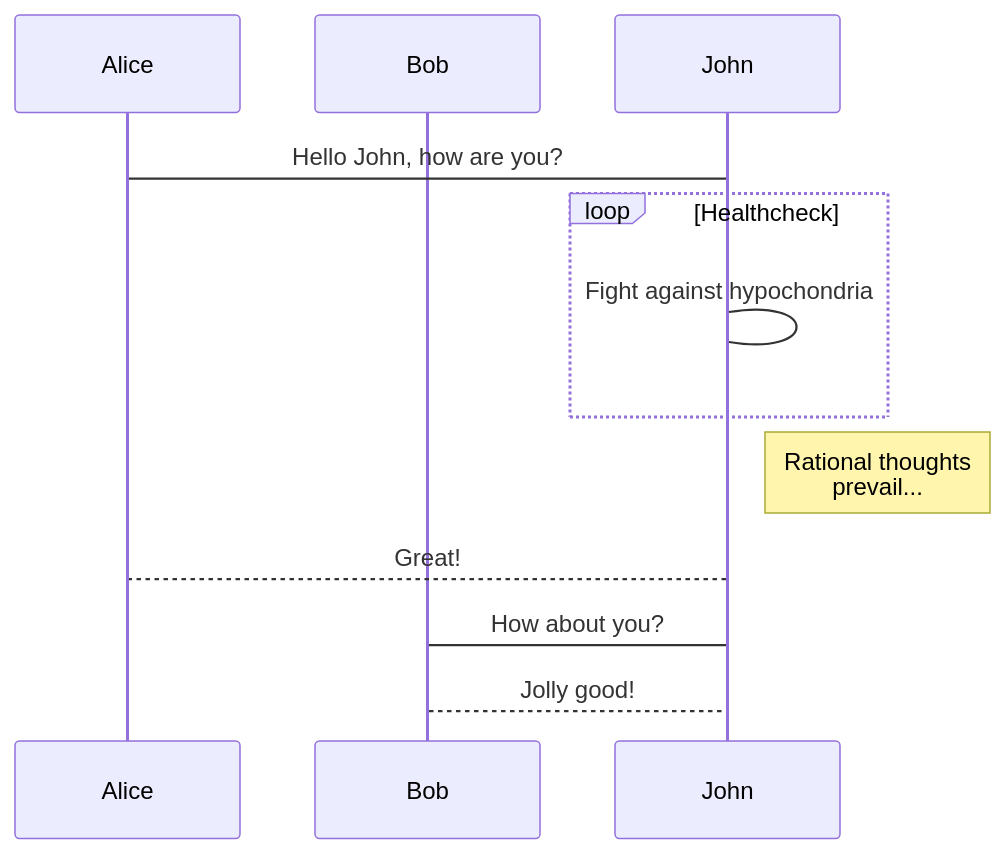
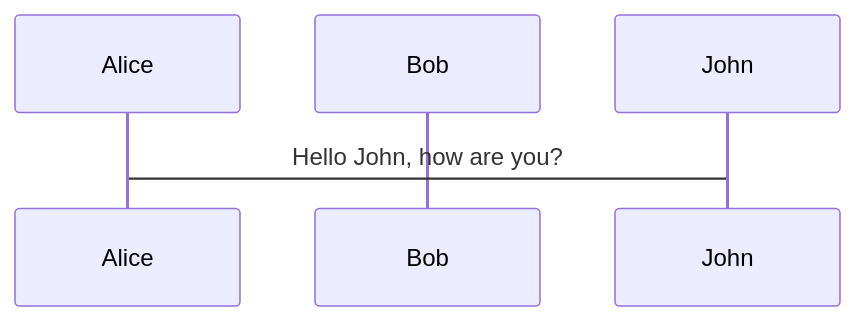
The diagram in docs/index.rst (horoiwa/ProjectBoilerPlate), drawn with Mermaid before and after one commit. The commit also changed 1 other file, not shown here.

```diff
--- a/docs/index.rst
+++ b/docs/index.rst
@@ -18,13 +18,6 @@
 .. mermaid::
 
-  sequenceDiagram
-    participant Alice
-    participant Bob
-    Alice->John: Hello John, how are you?
-    loop Healthcheck
-        John->John: Fight against hypochondria
-    end
-    Note right of John: Rational thoughts <br/>prevail...
-    John-->Alice: Great!
-    John->Bob: How about you?
-    Bob-->John: Jolly good!
+    sequenceDiagram
+      participant Alice
+      participant Bob
+      Alice->John: Hello John, how are you?
```
